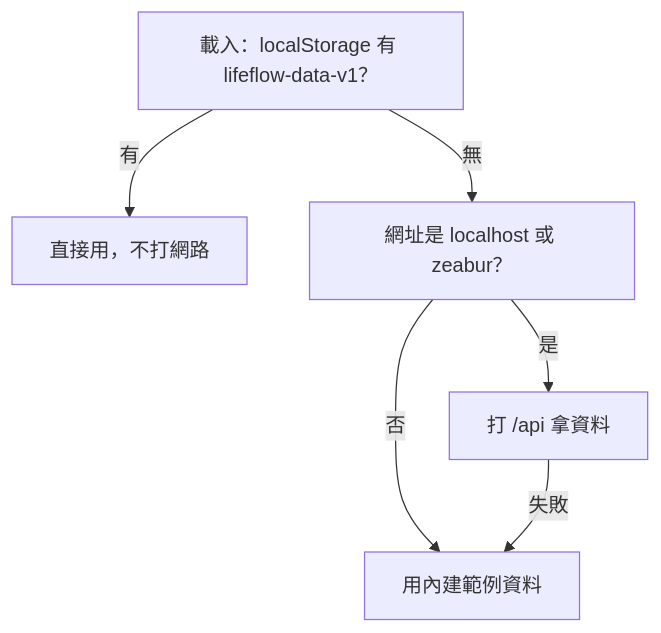
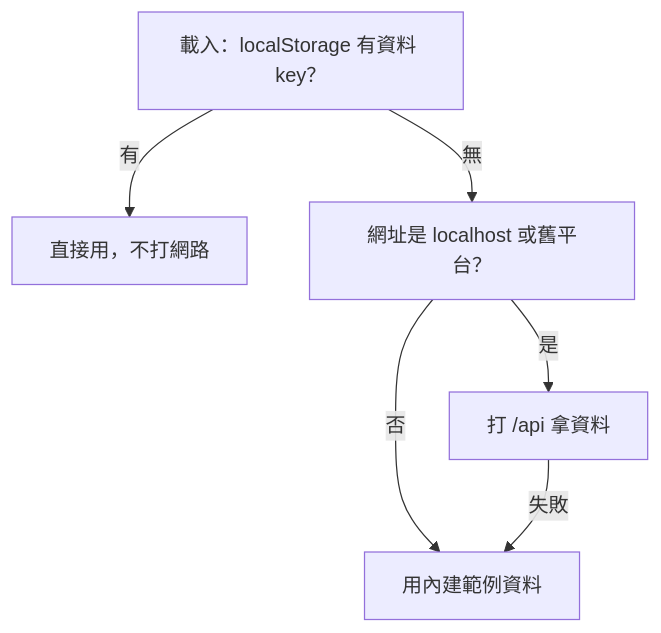
One commit to Leonkhchen/lifeflow changed the fourth of 4 diagrams in SOP-Windows11.md. Above: the diagram before and after it, drawn with Mermaid. The commit also changed other lines of this file, not shown here.

````diff
--- a/SOP-Windows11.md
+++ b/SOP-Windows11.md
@@ -149,8 +150,8 @@
 ```mermaid
 flowchart TD
-    L["載入：localStorage 有 lifeflow-data-v1？"] -->|有| U["直接用，不打網路"]
-    L -->|無| Q["網址是 localhost 或 zeabur？"]
+    L["載入：localStorage 有資料 key？"] -->|有| U["直接用，不打網路"]
+    L -->|無| Q["網址是 localhost 或舊平台？"]
     Q -->|是| A["打 /api 拿資料"]
     Q -->|否| S["用內建範例資料"]
     A -->|失敗| S
 ```
````
